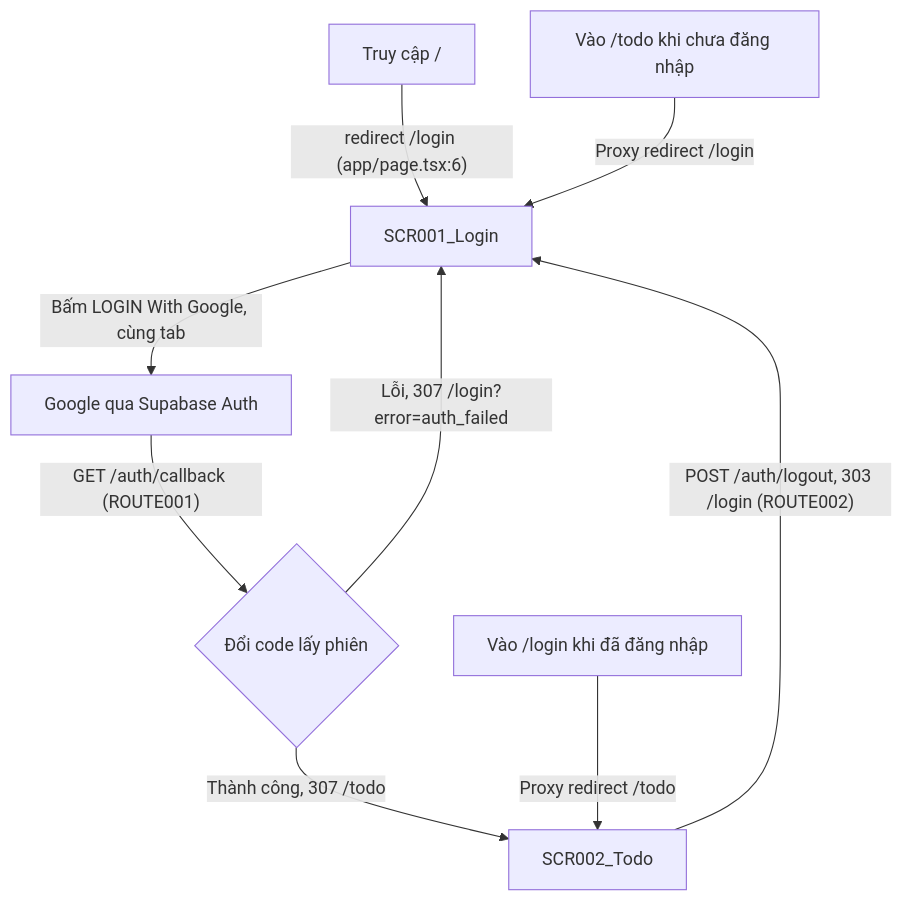
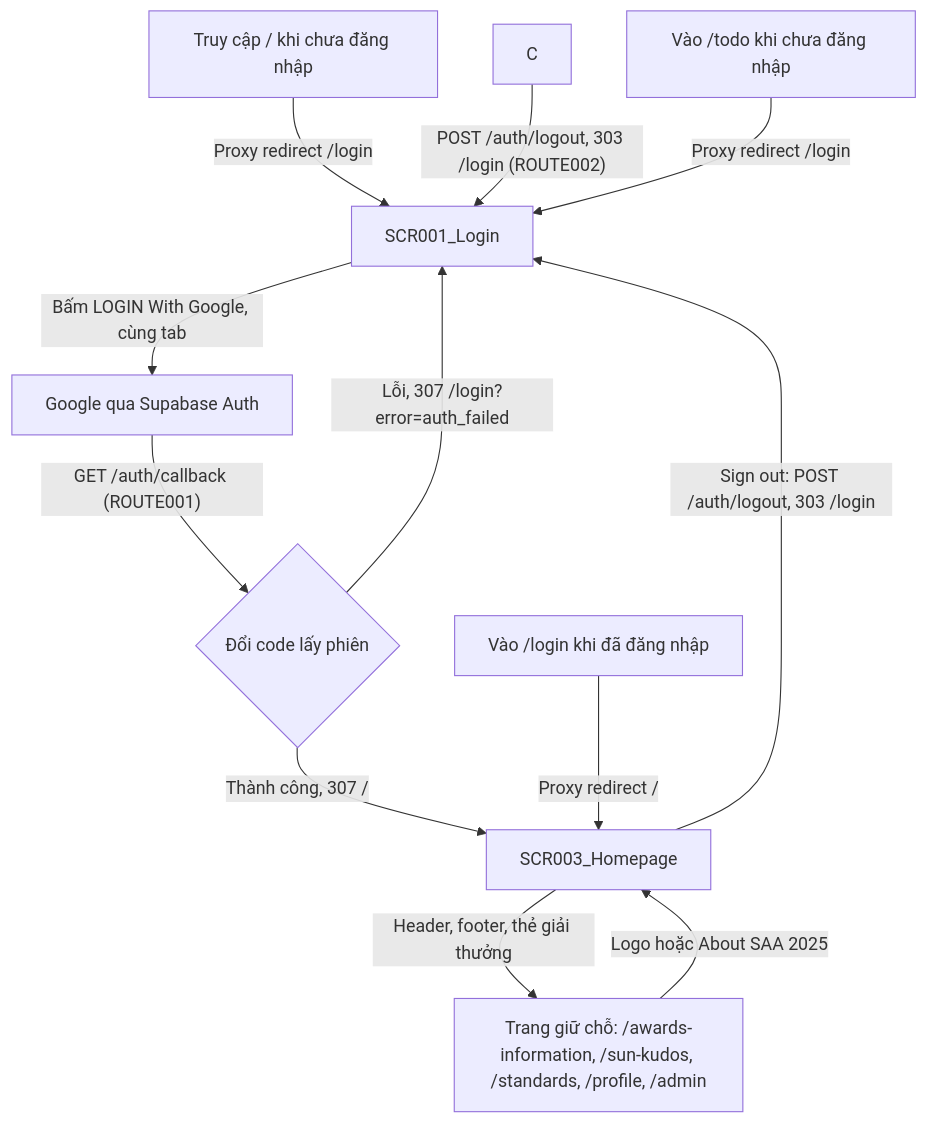
The first of 2 diagrams in docs/generated/screen-flow.md (ngocnv-0940/agentic-coding-hands-on), drawn with Mermaid before and after one commit. The commit also changed other lines of this file and 19 other files, not shown here.

````diff
--- a/docs/generated/screen-flow.md
+++ b/docs/generated/screen-flow.md
@@ -11,11 +11,14 @@
 ```mermaid
 graph TD
-    A["Truy cập /"] -->|"redirect /login (app/page.tsx:6)"| B["SCR001_Login"]
+    A["Truy cập / khi chưa đăng nhập"] -->|"Proxy redirect /login"| B["SCR001_Login"]
     B -->|"Bấm LOGIN With Google, cùng tab"| G["Google qua Supabase Auth"]
     G -->|"GET /auth/callback (ROUTE001)"| H{"Đổi code lấy phiên"}
-    H -->|"Thành công, 307 /todo"| C["SCR002_Todo"]
+    H -->|"Thành công, 307 /"| HP["SCR003_Homepage"]
     H -->|"Lỗi, 307 /login?error=auth_failed"| B
     C -->|"POST /auth/logout, 303 /login (ROUTE002)"| B
     X["Vào /todo khi chưa đăng nhập"] -->|"Proxy redirect /login"| B
-    Y["Vào /login khi đã đăng nhập"] -->|"Proxy redirect /todo"| C
+    Y["Vào /login khi đã đăng nhập"] -->|"Proxy redirect /"| HP
+    HP -->|"Sign out: POST /auth/logout, 303 /login"| B
+    HP -->|"Header, footer, thẻ giải thưởng"| PH["Trang giữ chỗ: /awards-information, /sun-kudos, /standards, /profile, /admin"]
+    PH -->|"Logo hoặc About SAA 2025"| HP
 ```
````
